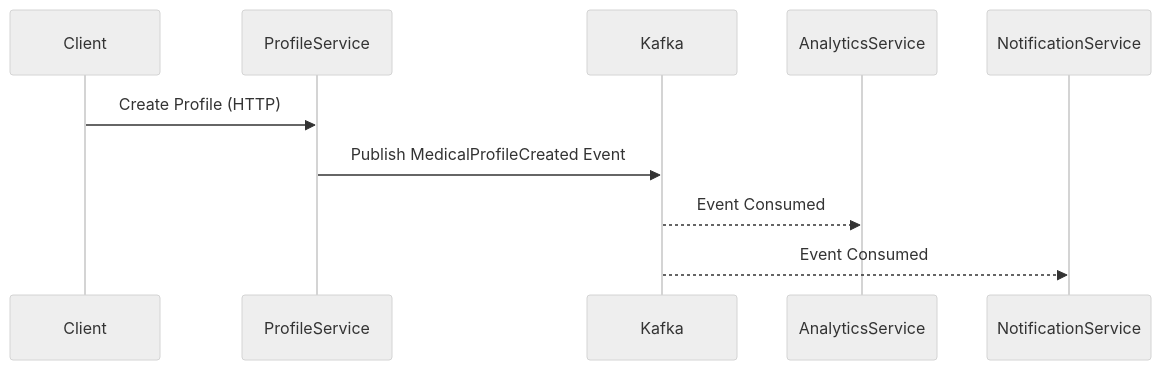
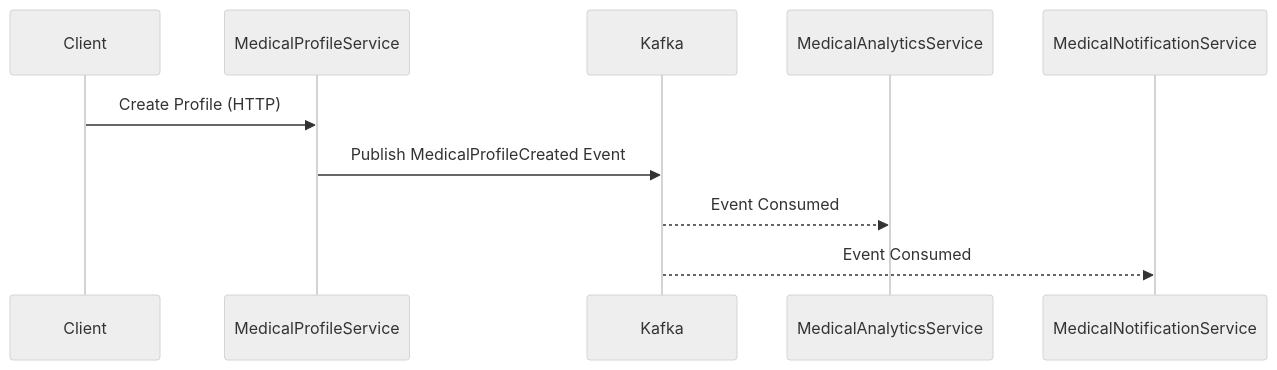
Before and after one commit to PritiAryal/MediCore: the second of 2 diagrams in README.md, drawn with Mermaid (neutral theme). The commit also changed other lines of this file, not shown here.

````diff
--- a/README.md
+++ b/README.md
@@ -386,13 +372,13 @@
 ```mermaid
 sequenceDiagram
     participant Client
-    participant ProfileService
+    participant MedicalProfileService
     participant Kafka
-    participant AnalyticsService
-    participant NotificationService
+    participant MedicalAnalyticsService
+    participant MedicalNotificationService
 
-    Client->>ProfileService: Create Profile (HTTP)
-    ProfileService->>Kafka: Publish MedicalProfileCreated Event
-    Kafka-->>AnalyticsService: Event Consumed
-    Kafka-->>NotificationService: Event Consumed
+    Client->>MedicalProfileService: Create Profile (HTTP)
+    MedicalProfileService->>Kafka: Publish MedicalProfileCreated Event
+    Kafka-->>MedicalAnalyticsService: Event Consumed
+    Kafka-->>MedicalNotificationService: Event Consumed
 ```
````
